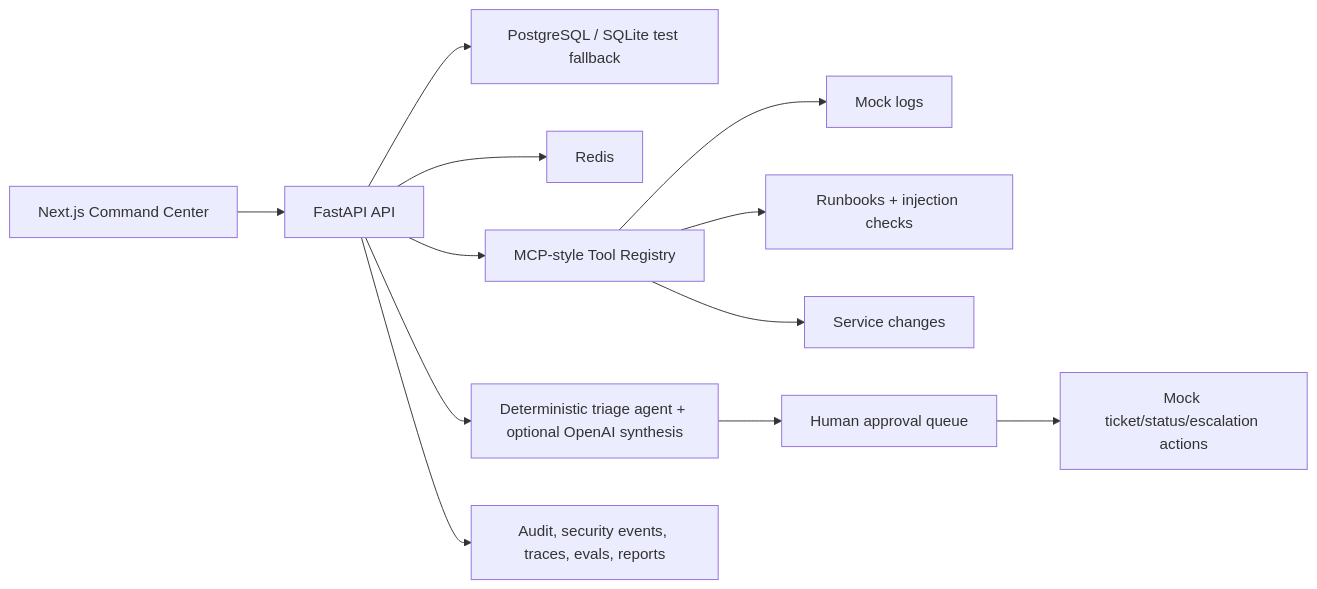
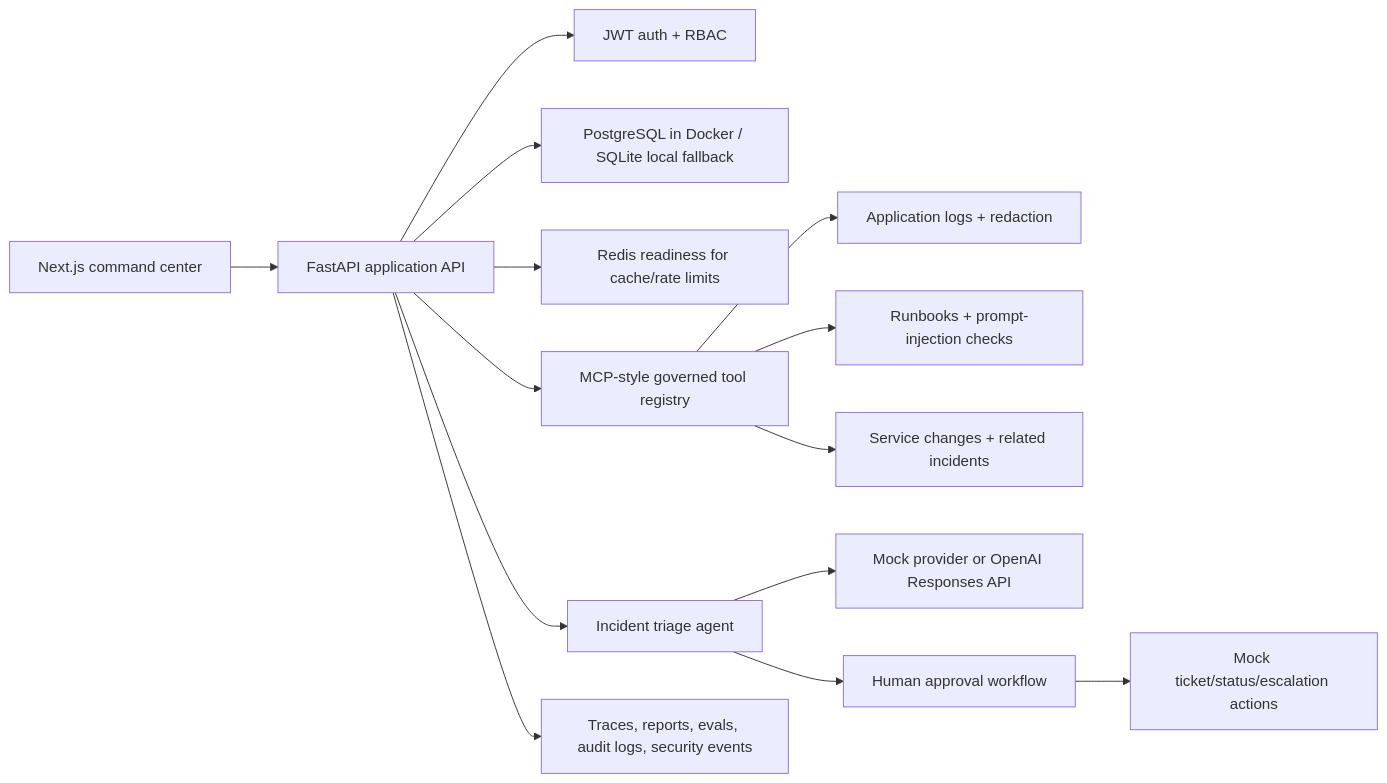
The diagram in README.md (KarthikRamesh9149/Enterprise-AI-Incident-Triage-Automation-Agent), drawn with Mermaid before and after one commit. The commit also changed other lines of this file, not shown here.

````diff
--- a/README.md
+++ b/README.md
@@ -20,14 +36,16 @@
 ```mermaid
 flowchart LR
-  UI["Next.js Command Center"] --> API["FastAPI API"]
-  API --> DB["PostgreSQL / SQLite test fallback"]
-  API --> Redis["Redis"]
-  API --> Tools["MCP-style Tool Registry"]
-  Tools --> Logs["Mock logs"]
-  Tools --> Runbooks["Runbooks + injection checks"]
-  Tools --> Changes["Service changes"]
-  API --> Agent["Deterministic triage agent + optional OpenAI synthesis"]
-  Agent --> Approvals["Human approval queue"]
+  UI["Next.js command center"] --> API["FastAPI application API"]
+  API --> Auth["JWT auth + RBAC"]
+  API --> DB["PostgreSQL in Docker / SQLite local fallback"]
+  API --> Redis["Redis readiness for cache/rate limits"]
+  API --> Tools["MCP-style governed tool registry"]
+  Tools --> Logs["Application logs + redaction"]
+  Tools --> Runbooks["Runbooks + prompt-injection checks"]
+  Tools --> Changes["Service changes + related incidents"]
+  API --> Agent["Incident triage agent"]
+  Agent --> LLM["Mock provider or OpenAI Responses API"]
+  Agent --> Approvals["Human approval workflow"]
   Approvals --> Actions["Mock ticket/status/escalation actions"]
-  API --> Audit["Audit, security events, traces, evals, reports"]
+  API --> Evidence["Traces, reports, evals, audit logs, security events"]
 ```
````
